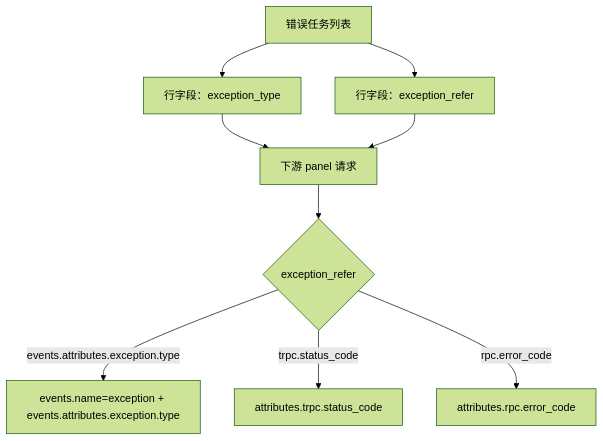
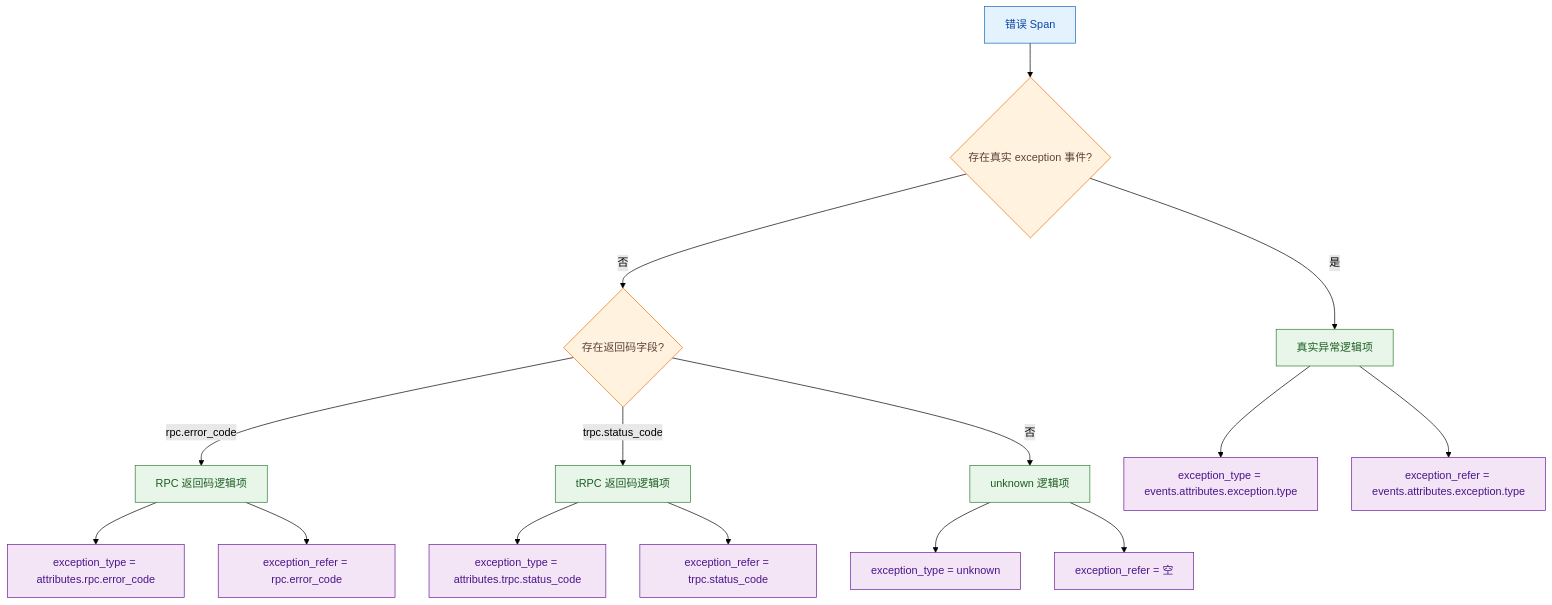
One commit to ZhuoZhuoCrayon/ai-workspace changed the first of 2 diagrams in knowledge/bkmonitor/issues/2026-05-31-apm-error-view-trpc-adaptation/PLAN.md. Above: the diagram before and after it, drawn with Mermaid (forest theme). The commit also changed other lines of this file and 4 other files, not shown here.

Commit message:
docs(knowledge): refine apm error view trpc plan

````diff
--- a/knowledge/bkmonitor/issues/2026-05-31-apm-error-view-trpc-adaptation/PLAN.md
+++ b/knowledge/bkmonitor/issues/2026-05-31-apm-error-view-trpc-adaptation/PLAN.md
@@ -51,11 +78,27 @@
 ```mermaid
 flowchart TD
-    A["错误任务列表"] --> B["行字段：exception_type"]
-    A --> C["行字段：exception_refer"]
-    B --> D["下游 panel 请求"]
-    C --> D
-    D --> E{"exception_refer"}
-    E -- "events.attributes.exception.type" --> F["events.name=exception + events.attributes.exception.type"]
-    E -- "trpc.status_code" --> G["attributes.trpc.status_code"]
-    E -- "rpc.error_code" --> H["attributes.rpc.error_code"]
+    A["错误 Span"] --> B{"存在真实 exception 事件?"}
+    B -- "是" --> C["真实异常逻辑项"]
+    B -- "否" --> D{"存在返回码字段?"}
+    D -- "rpc.error_code" --> E["RPC 返回码逻辑项"]
+    D -- "trpc.status_code" --> F["tRPC 返回码逻辑项"]
+    D -- "否" --> G["unknown 逻辑项"]
+
+    C --> H["exception_type = events.attributes.exception.type"]
+    C --> I["exception_refer = events.attributes.exception.type"]
+    E --> J["exception_type = attributes.rpc.error_code"]
+    E --> K["exception_refer = rpc.error_code"]
+    F --> L["exception_type = attributes.trpc.status_code"]
+    F --> M["exception_refer = trpc.status_code"]
+    G --> N["exception_type = unknown"]
+    G --> O["exception_refer = 空"]
+
+    classDef source fill:#e3f2fd,stroke:#1565c0,color:#0d47a1
+    classDef decision fill:#fff3e0,stroke:#ef6c00,color:#5d4037
+    classDef logical fill:#e8f5e9,stroke:#2e7d32,color:#1b5e20
+    classDef field fill:#f3e5f5,stroke:#6a1b9a,color:#4a148c
+    class A source
+    class B,D decision
+    class C,E,F,G logical
+    class H,I,J,K,L,M,N,O field
 ```
````
